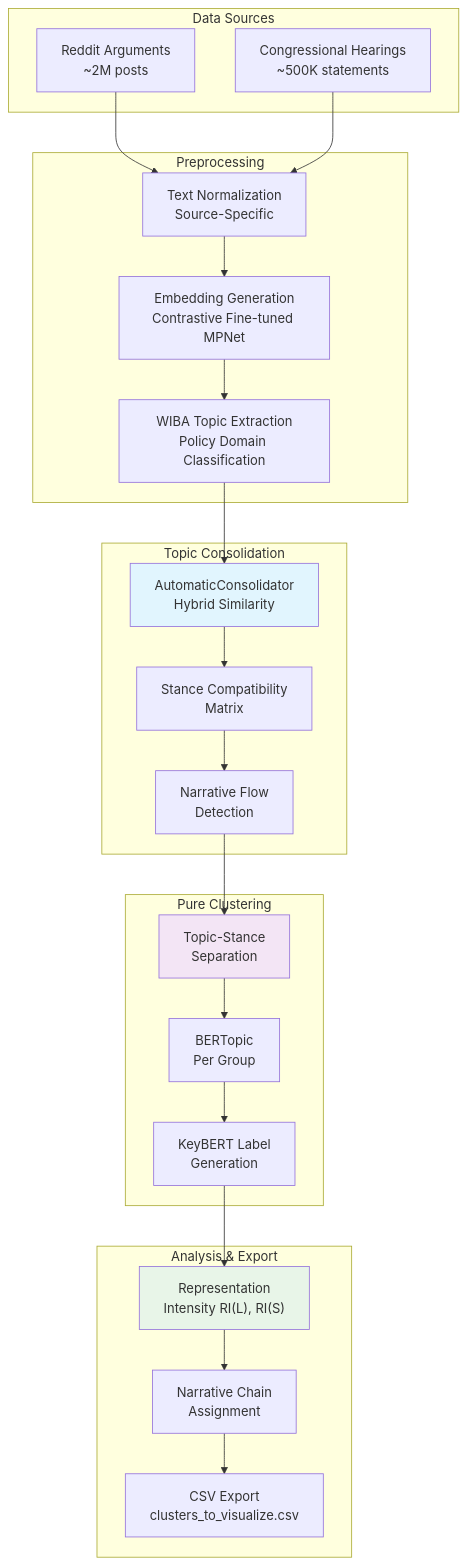
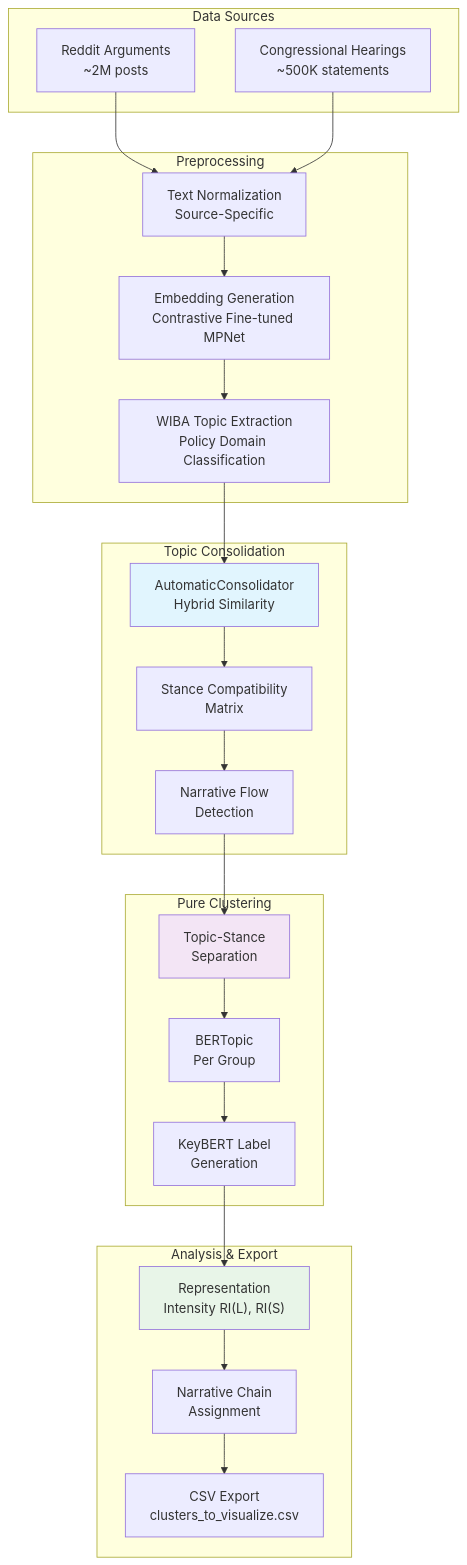
The first of 5 diagrams in README.md (Armaniii/Deliberation-Representation), drawn with Mermaid before and after one commit. The commit also changed other lines of this file and 1 other file, not shown here.

````diff
--- a/README.md
+++ b/README.md
@@ -125,49 +167,64 @@
 ```mermaid
+%%{init: {"flowchart": {"htmlLabels": false}} }%%
 graph TB
     subgraph "Data Sources"
-        A["Reddit Arguments\n~2M posts"] 
-        B["Congressional Hearings\n~500K statements"]
+        A["`Reddit Arguments
+        ~2M posts`"] 
+        B["`Congressional Hearings
+        ~500K statements`"]
     end
     
     subgraph "Preprocessing"
-        C["Text Normalization\nSource-Specific"]
-        D["Embedding Generation\nContrastive Fine-tuned MPNet"]
-        E["WIBA Topic Extraction\nPolicy Domain Classification"]
+        C["`Text Normalization
+        Source-Specific`"]
+        D["`Embedding Generation
+        Contrastive Fine-tuned MPNet`"]
+        E["`WIBA Topic Extraction
+        Policy Domain Classification`"]
     end
     
     subgraph "Topic Consolidation"
-        F["AutomaticConsolidator\nHybrid Similarity"]
-        G["Stance Compatibility\nMatrix"]
-        H["Narrative Flow\nDetection"]
+        F["`AutomaticConsolidator
+        Hybrid Similarity`"]
+        G["`Stance Compatibility
+        Matrix`"]
+        H["`Narrative Flow
+        Detection`"]
     end
     
     subgraph "Pure Clustering"
-        I["Topic-Stance\nSeparation"]
-        J["BERTopic\nPer Group"]
-        K["KeyBERT Label\nGeneration"]
+        I["`Topic-Stance
+        Separation`"]
+        J["`BERTopic
+        Per Group`"]
+        K["`KeyBERT Label
+        Generation`"]
     end
     
     subgraph "Analysis & Export"
-        L["Representation\nIntensity RI(L), RI(S)"]
-        M["Narrative Chain\nAssignment"]
-        N["CSV Export\nclusters_to_visualize.csv"]
+        L["`Representation
+        Intensity RI(L), RI(S)`"]
+        M["`Narrative Chain
+        Assignment`"]
+        N["`CSV Export
+        clusters_to_visualize.csv`"]
     end
     
     A --> C
     B --> C
     C --> D
     D --> E
     E --> F
     F --> G
     G --> H
     H --> I
     I --> J
     J --> K
     K --> L
     L --> M
     M --> N
     
     style F fill:#e1f5fe
     style I fill:#f3e5f5
     style L fill:#e8f5e8
 ```
````
